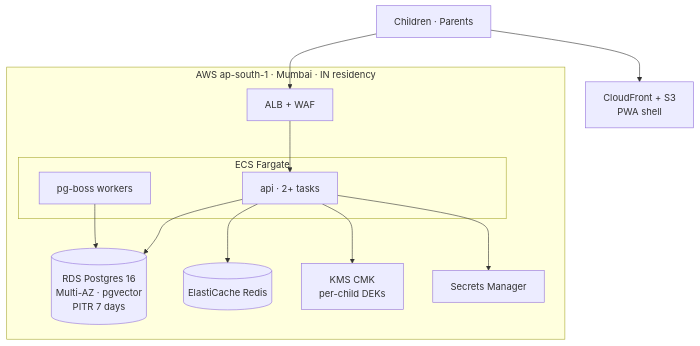
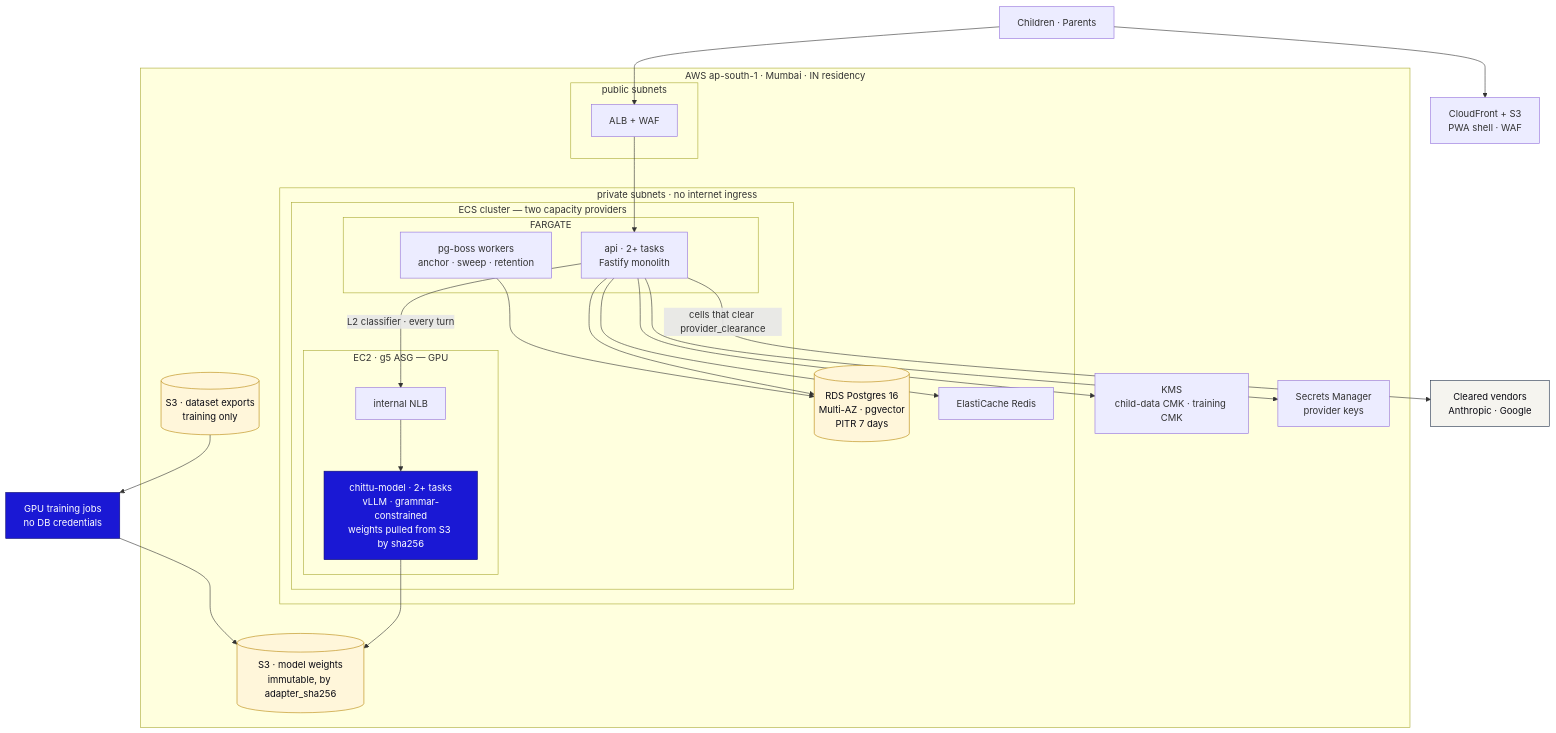
One commit to anitharuthJR/test-chittu changed diagram 13 of 17 in docs/chittu-architecture.md. Above: the diagram before and after it, drawn with Mermaid. The commit also changed other lines of this file, not shown here.

First line of the commit message:
docs: model deployment, serving topology, and Terraform/ECS as the IaC choice

````diff
--- a/docs/chittu-architecture.md
+++ b/docs/chittu-architecture.md
@@ -795,24 +797,53 @@
 ```mermaid
 flowchart TB
+  users["Children · Parents"]
+  cf["CloudFront + S3<br/>PWA shell · WAF"]
+
   subgraph aws["AWS ap-south-1 · Mumbai · IN residency"]
-    alb["ALB + WAF"]
-    subgraph ecs["ECS Fargate"]
-      api1["api · 2+ tasks"]
-      wrk["pg-boss workers"]
+    subgraph pub["public subnets"]
+      alb["ALB + WAF"]
     end
-    rds[("RDS Postgres 16<br/>Multi-AZ · pgvector<br/>PITR 7 days")]
-    ec[("ElastiCache Redis")]
-    kms["KMS CMK<br/>per-child DEKs"]
-    sm["Secrets Manager"]
+
+    subgraph priv["private subnets · no internet ingress"]
+      subgraph ecs["ECS cluster — two capacity providers"]
+        subgraph fg["FARGATE"]
+          api1["api · 2+ tasks<br/>Fastify monolith"]
+          wrk["pg-boss workers<br/>anchor · sweep · retention"]
+        end
+        subgraph ec2["EC2 · g5 ASG — GPU"]
+          nlb["internal NLB"]
+          m1["chittu-model · 2+ tasks<br/>vLLM · grammar-constrained<br/>weights pulled from S3 by sha256"]
+        end
+      end
+      rds[("RDS Postgres 16<br/>Multi-AZ · pgvector<br/>PITR 7 days")]
+      ec["ElastiCache Redis"]
+    end
+
+    s3w[("S3 · model weights<br/>immutable, by adapter_sha256")]
+    s3d[("S3 · dataset exports<br/>training only")]
+    kms["KMS<br/>child-data CMK · training CMK"]
+    sm["Secrets Manager<br/>provider keys"]
   end
-  cf["CloudFront + S3<br/>PWA shell"]
-  users["Children · Parents"]
+
+  gpu["GPU training jobs<br/>no DB credentials"]
+  vendors["Cleared vendors<br/>Anthropic · Google"]
 
   users --> cf
   users --> alb --> api1
   api1 --> rds
   api1 --> ec
   api1 --> kms
   api1 --> sm
+  api1 -- "L2 classifier · every turn" --> nlb --> m1
+  api1 -- "cells that clear provider_clearance" --> vendors
+  m1 --> s3w
   wrk --> rds
+  s3d --> gpu --> s3w
+
+  classDef gpuc fill:#1A18D4,stroke:#0D0C6E,color:#fff
+  classDef store fill:#FFF6DA,stroke:#B8860B,color:#0B0B14
+  classDef ext fill:#F5F4EF,stroke:#22324A,color:#0B0B14
+  class m1,gpu gpuc
+  class rds,s3w,s3d store
+  class vendors ext
 ```
````
